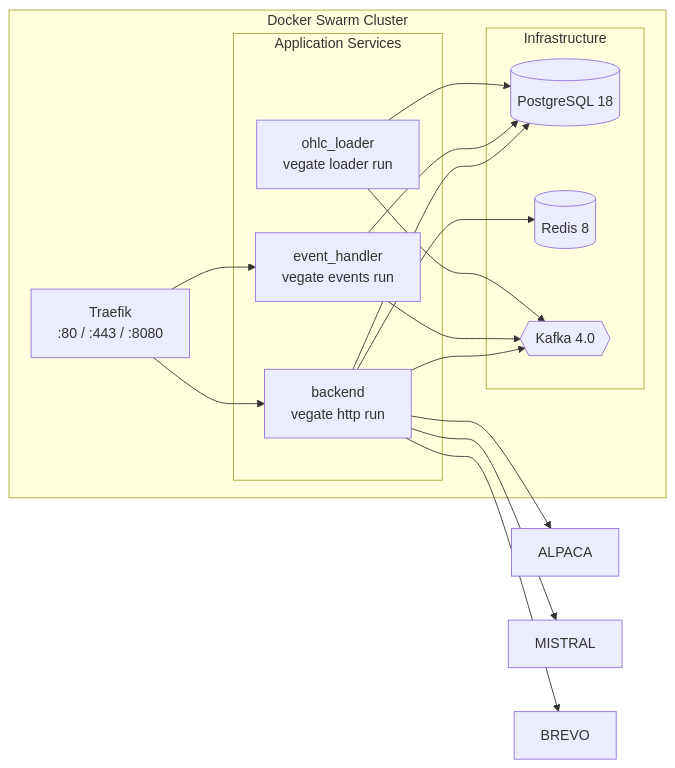
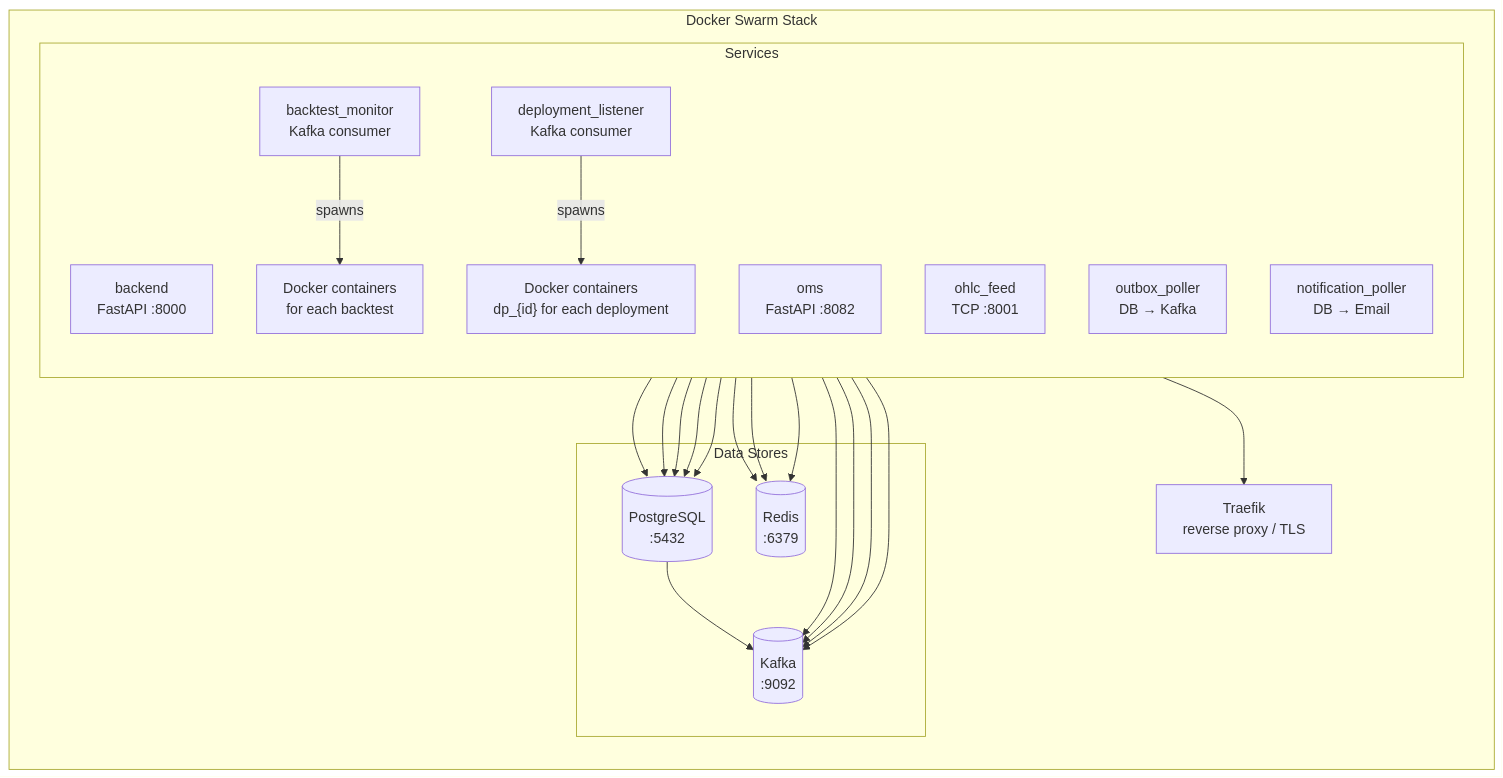
Before and after one commit to JadoreThompson/vegate-backend: the sixth of 6 diagrams in README.md, drawn with Mermaid. The commit also changed other lines of this file, not shown here.

````diff
--- a/README.md
+++ b/README.md
@@ -85,32 +327,41 @@
 ```mermaid
 flowchart LR
-    subgraph Docker["Docker Swarm Cluster"]
-        TR["Traefik<br/>:80 / :443 / :8080"]
+    subgraph Swarm["Docker Swarm Stack"]
+        direction TB
+        subgraph Services["Services"]
+            direction TB
+            B["backend<br/>FastAPI :8000"]
+            O["oms<br/>FastAPI :8082"]
+            F["ohlc_feed<br/>TCP :8001"]
+            DL["deployment_listener<br/>Kafka consumer"]
+            BM["backtest_monitor<br/>Kafka consumer"]
+            OP["outbox_poller<br/>DB → Kafka"]
+            NP["notification_poller<br/>DB → Email"]
 
-        subgraph Services["Application Services"]
-            B["backend<br/>vegate http run"]
-            EH["event_handler<br/>vegate events run"]
-            OL["ohlc_loader<br/>vegate loader run"]
+            BM -->|"spawns"| DC["Docker containers<br/>for each backtest"]
+            DL -->|"spawns"| DC2["Docker containers<br/>dp_{id} for each deployment"]
         end
 
-        subgraph Infrastructure["Infrastructure"]
-            PG[("PostgreSQL 18")]
-            RD[("Redis 8")]
-            KF{{"Kafka 4.0"}}
+        subgraph Data["Data Stores"]
+            PQ[(PostgreSQL<br/>:5432)]
+            RD[(Redis<br/>:6379)]
+            KF[(Kafka<br/>:9092)]
         end
 
-        TR --> B
-        TR --> EH
-        B --> PG
-        B --> RD
-        B --> KF
-        EH --> KF
-        EH --> PG
-        OL --> PG
-        OL --> KF
+        TR["Traefik<br/>reverse proxy / TLS"]
     end
 
-    B --> ALPACA
-    B --> MISTRAL
-    B --> BREVO
+    B --> TR
+    B --> PQ
+    B --> RD
+    OP --> PQ --> KF
+    BM --> KF
+    DL --> KF
+    NP --> PQ
+    F --> PQ
+    F --> RD
+    F --> KF
+    O --> PQ
+    O --> RD
+    O --> KF
 ```
````
